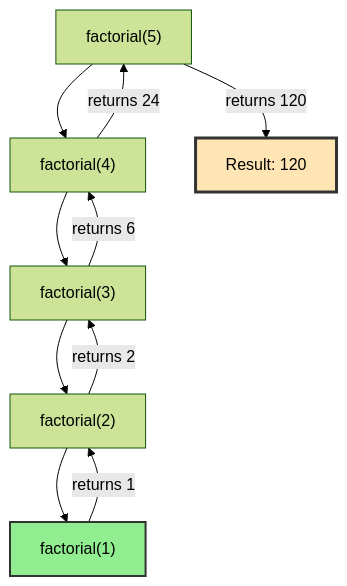
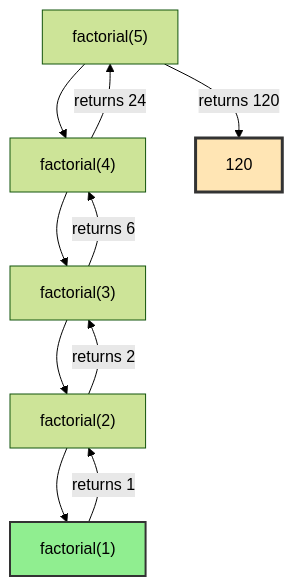
The first of 2 diagrams in chapters/08-recursion-and-backtracking.md (sb2k16/data-structures-book), drawn with Mermaid (forest theme) before and after one commit. The commit also changed other lines of this file and 8 other files, not shown here.

````diff
--- a/chapters/08-recursion-and-backtracking.md
+++ b/chapters/08-recursion-and-backtracking.md
@@ -764,15 +49,15 @@
 ```mermaid
 graph TD
     F5["factorial(5)"] --> F4["factorial(4)"]
     F4 --> F3["factorial(3)"]
     F3 --> F2["factorial(2)"]
     F2 --> F1["factorial(1)"]
     F1 -->|returns 1| F2
     F2 -->|returns 2| F3
     F3 -->|returns 6| F4
     F4 -->|returns 24| F5
-    F5 -->|returns 120| Result["Result: 120"]
-    
+    F5 -->|returns 120| Result["120"]
+
     style F1 fill:#90EE90,stroke:#333,stroke-width:2px
     style Result fill:#FFE5B4,stroke:#333,stroke-width:3px
 ```
````
